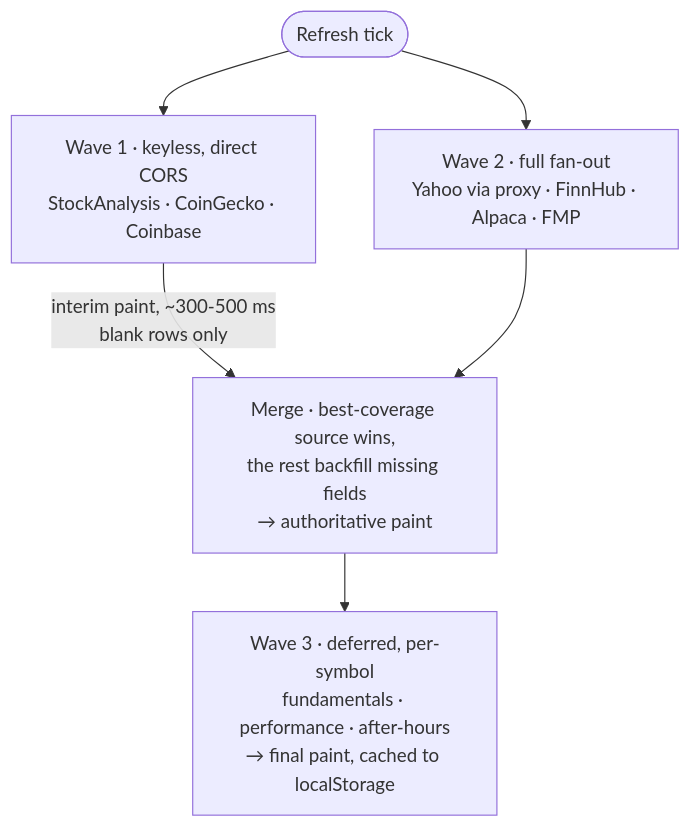
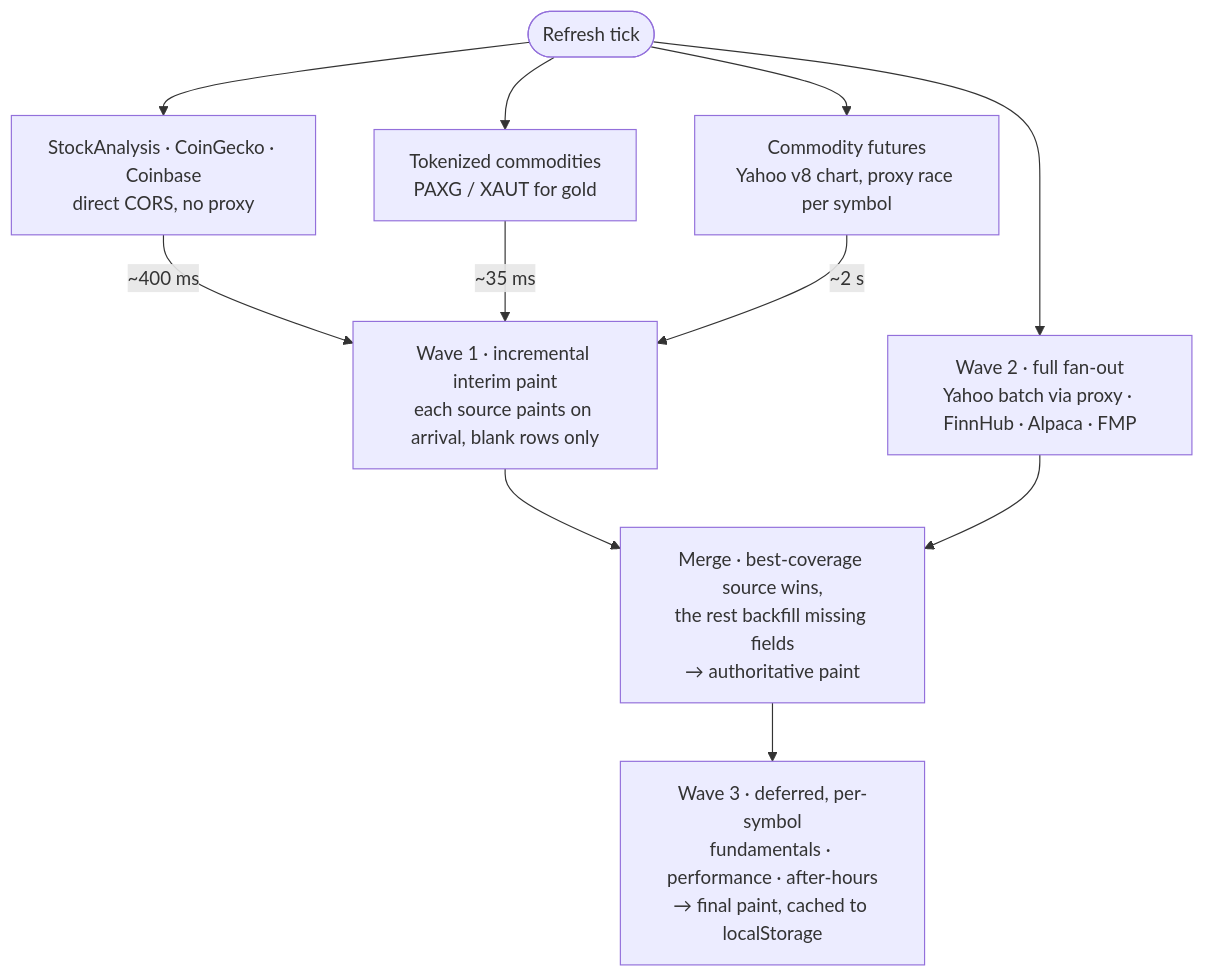
One commit to gdy/PortfolioTracker changed the diagram in README.md. Above: the diagram before and after it, drawn with Mermaid. The commit also changed other lines of this file and 1 other file, not shown here.

First paragraph of the commit message:
Fix commodity first-paint latency: gold 18.5s -> ~0.4s
A fresh Load Sample Data took visibly too long to show gold. Measured:
18,496ms to first price for GC=F, against 495ms for AAPL and BTC in the
same refresh -- while Coinbase can answer PAXG in 34ms.

````diff
--- a/README.md
+++ b/README.md
@@ -66,8 +66,13 @@
 ```mermaid
 flowchart TD
-    T([Refresh tick]) --> W1["Wave 1 · keyless, direct CORS<br/>StockAnalysis · CoinGecko · Coinbase"]
-    T --> W2["Wave 2 · full fan-out<br/>Yahoo via proxy · FinnHub · Alpaca · FMP"]
-    W1 -->|"interim paint, ~300-500 ms<br/>blank rows only"| M["Merge · best-coverage source wins,<br/>the rest backfill missing fields<br/>→ authoritative paint"]
+    T([Refresh tick]) --> S["StockAnalysis · CoinGecko · Coinbase<br/>direct CORS, no proxy"]
+    T --> G["Tokenized commodities<br/>PAXG / XAUT for gold"]
+    T --> C["Commodity futures<br/>Yahoo v8 chart, proxy race per symbol"]
+    T --> W2["Wave 2 · full fan-out<br/>Yahoo batch via proxy · FinnHub · Alpaca · FMP"]
+    S -->|"~400 ms"| P["Wave 1 · incremental interim paint<br/>each source paints on arrival, blank rows only"]
+    G -->|"~35 ms"| P
+    C -->|"~2 s"| P
+    P --> M["Merge · best-coverage source wins,<br/>the rest backfill missing fields<br/>→ authoritative paint"]
     W2 --> M
     M --> D["Wave 3 · deferred, per-symbol<br/>fundamentals · performance · after-hours<br/>→ final paint, cached to localStorage"]
 ```
````
